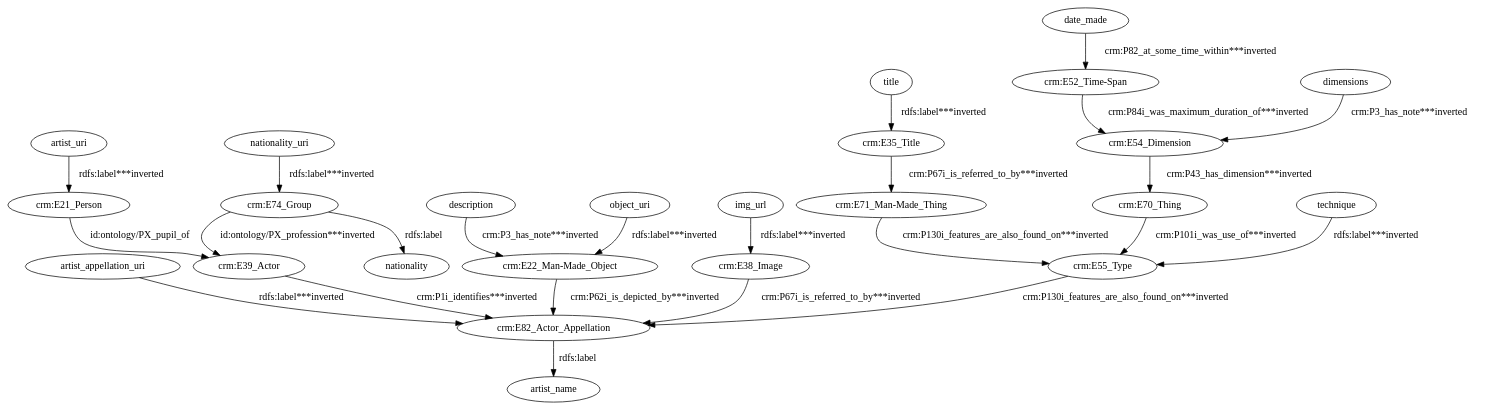
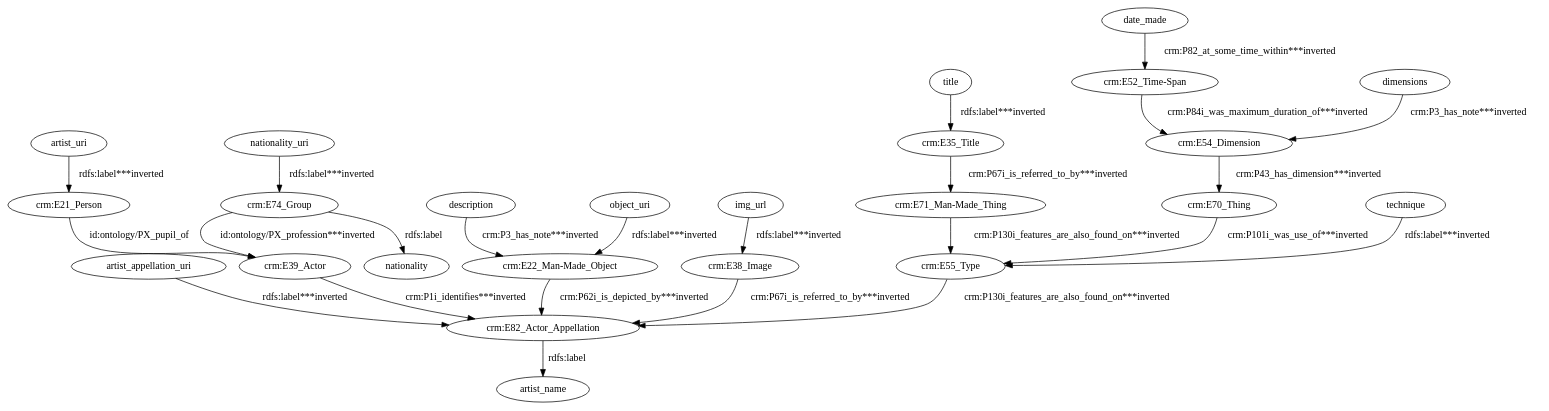
The diagram in data/taheriyan2016/task_02/semantic_models/steiner/dot/s12-s-19-artworks.dot (giuseppefutia/semi), drawn with Graphviz before and after one commit. The commit also changed 223 other files, not shown here.

```diff
--- a/data/taheriyan2016/task_02/semantic_models/steiner/dot/s12-s-19-artworks.dot
+++ b/data/taheriyan2016/task_02/semantic_models/steiner/dot/s12-s-19-artworks.dot
@@ -1,49 +1,49 @@
 digraph {
   artist_appellation_uri [type=attribute_name,label=artist_appellation_uri]
   "crm:E82_Actor_Appellation1" [type=class_uri,label="crm:E82_Actor_Appellation"]
   artist_uri [type=attribute_name,label=artist_uri]
   "crm:E21_Person1" [type=class_uri,label="crm:E21_Person"]
   "crm:E39_Actor" [type=class_uri,label="crm:E39_Actor"]
   "crm:E22_Man-Made_Object1" [type=class_uri,label="crm:E22_Man-Made_Object"]
   "crm:E35_Title1" [type=class_uri,label="crm:E35_Title"]
   "crm:E71_Man-Made_Thing" [type=class_uri,label="crm:E71_Man-Made_Thing"]
   "crm:E38_Image1" [type=class_uri,label="crm:E38_Image"]
   "crm:E52_Time-Span1" [type=class_uri,label="crm:E52_Time-Span"]
   "crm:E54_Dimension1" [type=class_uri,label="crm:E54_Dimension"]
   "crm:E70_Thing" [type=class_uri,label="crm:E70_Thing"]
   "crm:E55_Type1" [type=class_uri,label="crm:E55_Type"]
   "crm:E74_Group1" [type=class_uri,label="crm:E74_Group"]
   nationality [type=attribute_name,label=nationality]
   artist_name [type=attribute_name,label=artist_name]
   date_made [type=attribute_name,label=date_made]
   description [type=attribute_name,label=description]
   dimensions [type=attribute_name,label=dimensions]
   img_url [type=attribute_name,label=img_url]
   nationality_uri [type=attribute_name,label=nationality_uri]
   object_uri [type=attribute_name,label=object_uri]
   technique [type=attribute_name,label=technique]
   title [type=attribute_name,label=title]
-  artist_appellation_uri -> "crm:E82_Actor_Appellation1" [type=st_property_uri,label="rdfs:label***inverted"]
-  artist_uri -> "crm:E21_Person1" [type=st_property_uri,label="rdfs:label***inverted"]
-  "crm:E21_Person1" -> "crm:E39_Actor" [label="id:ontology/PX_pupil_of",type=direct_property_uri]
-  "crm:E22_Man-Made_Object1" -> "crm:E82_Actor_Appellation1" [type=inherited,label="crm:P62i_is_depicted_by***inverted"]
-  "crm:E35_Title1" -> "crm:E71_Man-Made_Thing" [type=inherited,label="crm:P67i_is_referred_to_by***inverted"]
-  "crm:E38_Image1" -> "crm:E82_Actor_Appellation1" [type=inherited,label="crm:P67i_is_referred_to_by***inverted"]
-  "crm:E39_Actor" -> "crm:E82_Actor_Appellation1" [type=inherited,label="crm:P1i_identifies***inverted"]
-  "crm:E52_Time-Span1" -> "crm:E54_Dimension1" [type=direct_property_uri,label="crm:P84i_was_maximum_duration_of***inverted"]
-  "crm:E54_Dimension1" -> "crm:E70_Thing" [type=direct_property_uri,label="crm:P43_has_dimension***inverted"]
-  "crm:E55_Type1" -> "crm:E82_Actor_Appellation1" [type=inherited,label="crm:P130i_features_are_also_found_on***inverted"]
-  "crm:E70_Thing" -> "crm:E55_Type1" [type=direct_property_uri,label="crm:P101i_was_use_of***inverted"]
-  "crm:E71_Man-Made_Thing" -> "crm:E55_Type1" [type=inherited,label="crm:P130i_features_are_also_found_on***inverted"]
-  "crm:E74_Group1" -> "crm:E39_Actor" [type=direct_property_uri,label="id:ontology/PX_profession***inverted"]
+  artist_appellation_uri -> "crm:E82_Actor_Appellation1" [type=st_property_uri,label="rdfs:label***inverted",weight=1]
+  artist_uri -> "crm:E21_Person1" [type=st_property_uri,label="rdfs:label***inverted",weight=1]
+  "crm:E21_Person1" -> "crm:E39_Actor" [label="id:ontology/PX_pupil_of",type=direct_property_uri,weight=1]
+  "crm:E22_Man-Made_Object1" -> "crm:E82_Actor_Appellation1" [type=inherited,label="crm:P62i_is_depicted_by***inverted",weight=4]
+  "crm:E35_Title1" -> "crm:E71_Man-Made_Thing" [type=inherited,label="crm:P67i_is_referred_to_by***inverted",weight=4]
+  "crm:E38_Image1" -> "crm:E82_Actor_Appellation1" [type=inherited,label="crm:P67i_is_referred_to_by***inverted",weight=4]
+  "crm:E39_Actor" -> "crm:E82_Actor_Appellation1" [type=inherited,label="crm:P1i_identifies***inverted",weight=4]
+  "crm:E52_Time-Span1" -> "crm:E54_Dimension1" [type=direct_property_uri,label="crm:P84i_was_maximum_duration_of***inverted",weight=1]
+  "crm:E54_Dimension1" -> "crm:E70_Thing" [type=direct_property_uri,label="crm:P43_has_dimension***inverted",weight=1]
+  "crm:E55_Type1" -> "crm:E82_Actor_Appellation1" [type=inherited,label="crm:P130i_features_are_also_found_on***inverted",weight=4]
+  "crm:E70_Thing" -> "crm:E55_Type1" [type=direct_property_uri,label="crm:P101i_was_use_of***inverted",weight=1]
+  "crm:E71_Man-Made_Thing" -> "crm:E55_Type1" [type=inherited,label="crm:P130i_features_are_also_found_on***inverted",weight=4]
+  "crm:E74_Group1" -> "crm:E39_Actor" [type=direct_property_uri,label="id:ontology/PX_profession***inverted",weight=1]
   "crm:E74_Group1" -> nationality [label="rdfs:label",type=st_property_uri]
   "crm:E82_Actor_Appellation1" -> artist_name [label="rdfs:label",type=st_property_uri]
-  date_made -> "crm:E52_Time-Span1" [type=st_property_uri,label="crm:P82_at_some_time_within***inverted"]
-  description -> "crm:E22_Man-Made_Object1" [type=st_property_uri,label="crm:P3_has_note***inverted"]
-  dimensions -> "crm:E54_Dimension1" [type=st_property_uri,label="crm:P3_has_note***inverted"]
-  img_url -> "crm:E38_Image1" [type=st_property_uri,label="rdfs:label***inverted"]
-  nationality_uri -> "crm:E74_Group1" [type=st_property_uri,label="rdfs:label***inverted"]
-  object_uri -> "crm:E22_Man-Made_Object1" [type=st_property_uri,label="rdfs:label***inverted"]
-  technique -> "crm:E55_Type1" [type=st_property_uri,label="rdfs:label***inverted"]
-  title -> "crm:E35_Title1" [type=st_property_uri,label="rdfs:label***inverted"]
+  date_made -> "crm:E52_Time-Span1" [type=st_property_uri,label="crm:P82_at_some_time_within***inverted",weight=1]
+  description -> "crm:E22_Man-Made_Object1" [type=st_property_uri,label="crm:P3_has_note***inverted",weight=1]
+  dimensions -> "crm:E54_Dimension1" [type=st_property_uri,label="crm:P3_has_note***inverted",weight=1]
+  img_url -> "crm:E38_Image1" [type=st_property_uri,label="rdfs:label***inverted",weight=1]
+  nationality_uri -> "crm:E74_Group1" [type=st_property_uri,label="rdfs:label***inverted",weight=1]
+  object_uri -> "crm:E22_Man-Made_Object1" [type=st_property_uri,label="rdfs:label***inverted",weight=1]
+  technique -> "crm:E55_Type1" [type=st_property_uri,label="rdfs:label***inverted",weight=1]
+  title -> "crm:E35_Title1" [type=st_property_uri,label="rdfs:label***inverted",weight=1]
 }
```
